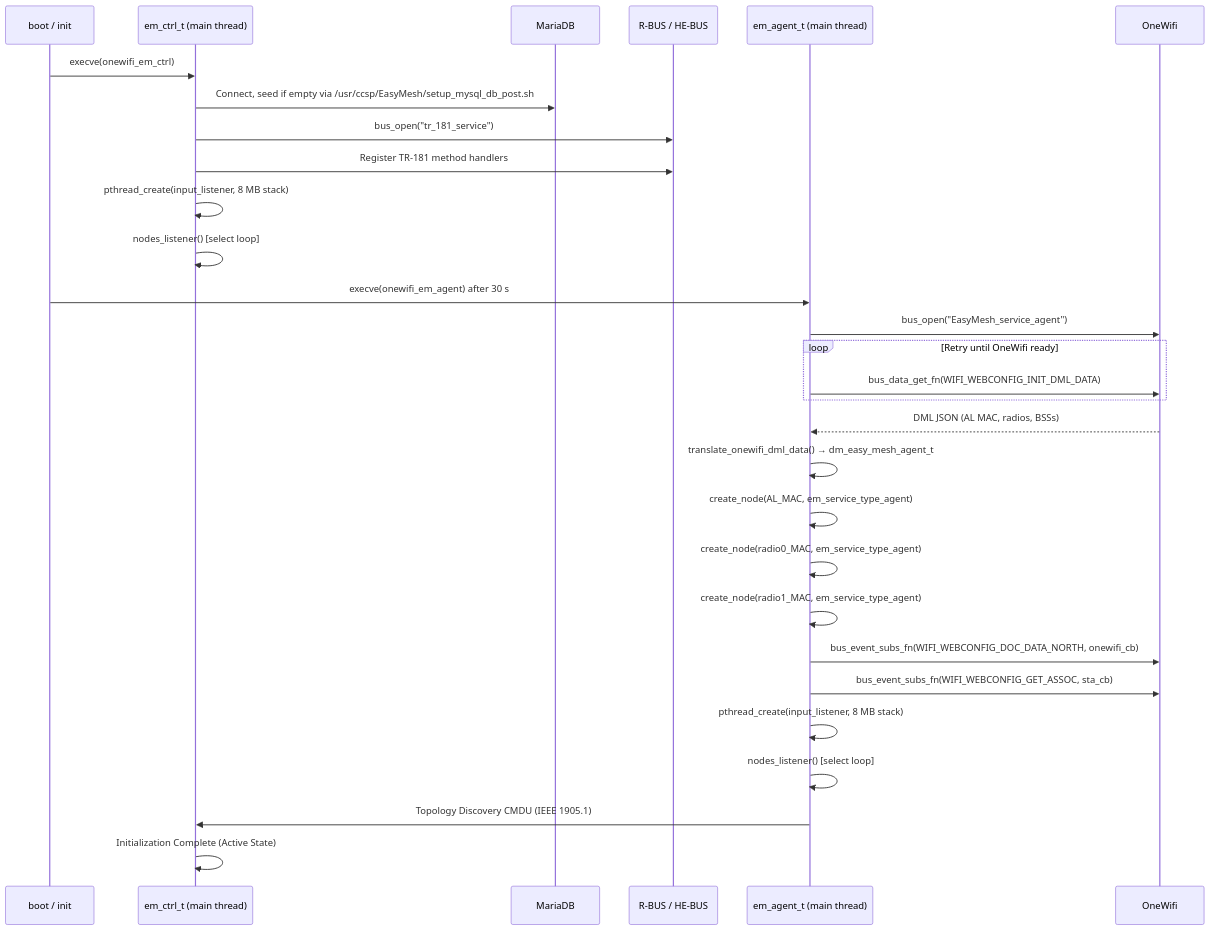
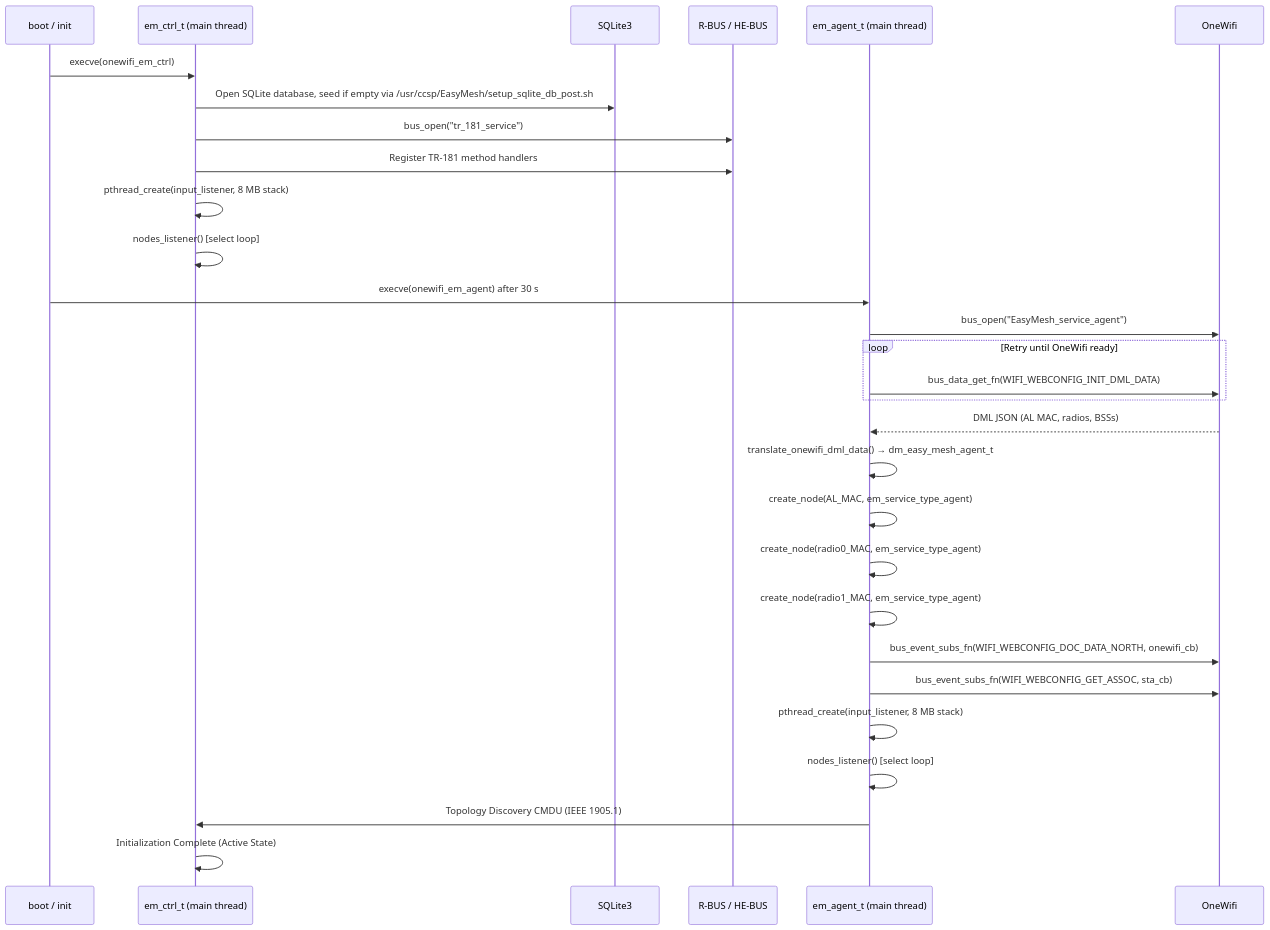
One commit to rdkcentral/unified-wifi-mesh changed diagram 13 of 17 in docs/README.md. Above: the diagram before and after it, drawn with Mermaid. The commit also changed other lines of this file, not shown here.

````diff
--- a/docs/README.md
+++ b/docs/README.md
@@ -544,33 +543,33 @@
 ```mermaid
 sequenceDiagram
     participant Boot as boot / init
     participant Ctrl as em_ctrl_t (main thread)
-    participant DB as MariaDB
+    participant DB as SQLite3
     participant Bus as R-BUS / HE-BUS
     participant Agent as em_agent_t (main thread)
     participant OW as OneWifi
 
     Boot->>Ctrl: execve(onewifi_em_ctrl)
-    Ctrl->>DB: Connect, seed if empty via /usr/ccsp/EasyMesh/setup_mysql_db_post.sh
+    Ctrl->>DB: Open SQLite database, seed if empty via /usr/ccsp/EasyMesh/setup_sqlite_db_post.sh
     Ctrl->>Bus: bus_open("tr_181_service")
     Ctrl->>Bus: Register TR-181 method handlers
     Ctrl->>Ctrl: pthread_create(input_listener, 8 MB stack)
     Ctrl->>Ctrl: nodes_listener() [select loop]
 
     Boot->>Agent: execve(onewifi_em_agent) after 30 s
     Agent->>OW: bus_open("EasyMesh_service_agent")
     loop Retry until OneWifi ready
         Agent->>OW: bus_data_get_fn(WIFI_WEBCONFIG_INIT_DML_DATA)
     end
     OW-->>Agent: DML JSON (AL MAC, radios, BSSs)
     Agent->>Agent: translate_onewifi_dml_data() → dm_easy_mesh_agent_t
     Agent->>Agent: create_node(AL_MAC, em_service_type_agent)
     Agent->>Agent: create_node(radio0_MAC, em_service_type_agent)
     Agent->>Agent: create_node(radio1_MAC, em_service_type_agent)
     Agent->>OW: bus_event_subs_fn(WIFI_WEBCONFIG_DOC_DATA_NORTH, onewifi_cb)
     Agent->>OW: bus_event_subs_fn(WIFI_WEBCONFIG_GET_ASSOC, sta_cb)
     Agent->>Agent: pthread_create(input_listener, 8 MB stack)
     Agent->>Agent: nodes_listener() [select loop]
     Agent->>Ctrl: Topology Discovery CMDU (IEEE 1905.1)
     Ctrl->>Ctrl: Initialization Complete (Active State)
 ```
````
